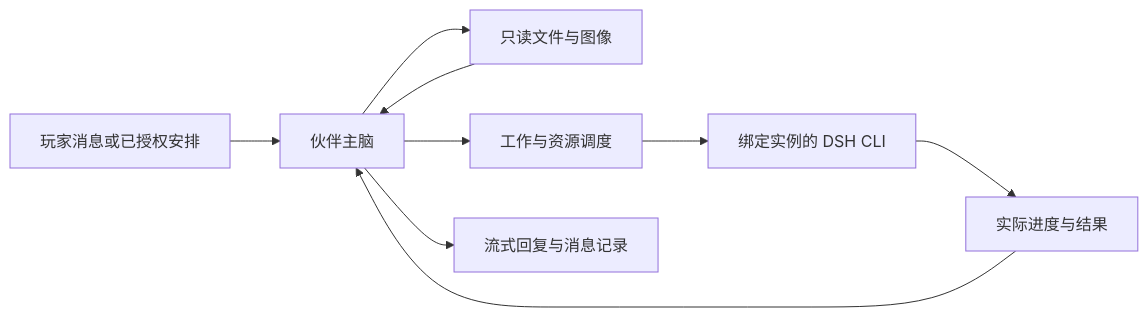
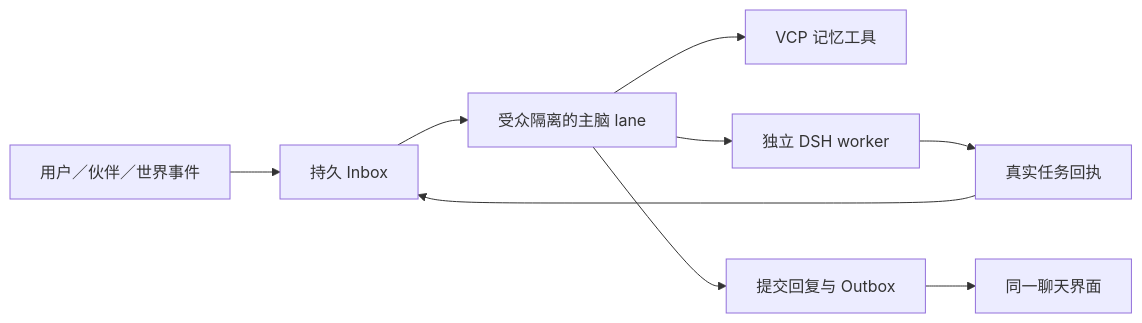
The diagram in README.md (whoiswennie/WorldlineBox), drawn with Mermaid before and after one commit. The commit also changed other lines of this file and 2654 other files, not shown here.

````diff
--- a/README.md
+++ b/README.md
@@ -164,11 +57,11 @@
 ```mermaid
 flowchart LR
-  U[玩家消息或已授权安排] --> B[伙伴主脑]
-  B --> R[只读文件与图像]
-  R --> B
-  B --> W[工作与资源调度]
-  W --> D[绑定实例的 DSH CLI]
-  D --> F[实际进度与结果]
-  F --> B
-  B --> C[流式回复与消息记录]
+  U[用户／伙伴／世界事件] --> I[持久 Inbox]
+  I --> L[受众隔离的主脑 lane]
+  L --> M[VCP 记忆工具]
+  L --> W[独立 DSH worker]
+  W --> R[真实任务回执]
+  R --> I
+  L --> O[提交回复与 Outbox]
+  O --> C[同一聊天界面]
 ```
````
